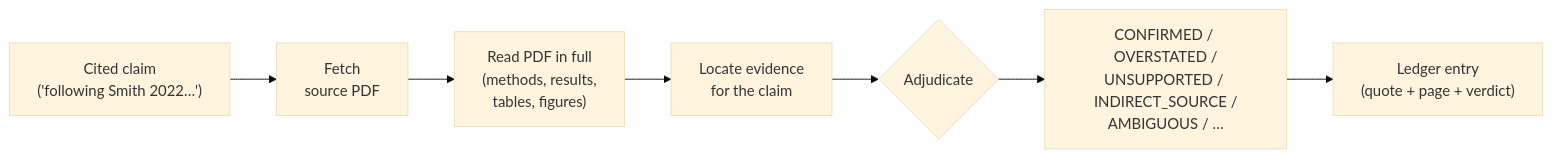
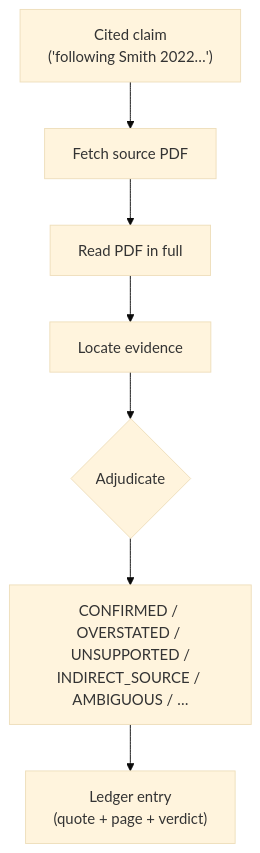
Before and after one commit to philadamson93/paper-trail: the diagram in README.md, drawn with Mermaid (base theme).

Commit message:
Trim flowchart labels and switch to top-down for larger rendering

````diff
--- a/README.md
+++ b/README.md
@@ -21,9 +21,9 @@
 ```mermaid
-flowchart LR
-    A["Cited claim<br/>('following Smith 2022…')"] --> B["Fetch<br/>source PDF"]
-    B --> C["Read PDF in full<br/>(methods, results,<br/>tables, figures)"]
-    C --> D["Locate evidence<br/>for the claim"]
-    D --> E{"Adjudicate"}
-    E --> F["CONFIRMED / OVERSTATED /<br/>UNSUPPORTED / INDIRECT_SOURCE /<br/>AMBIGUOUS / …"]
+flowchart TD
+    A["Cited claim<br/>('following Smith 2022…')"] --> B["Fetch source PDF"]
+    B --> C["Read PDF in full"]
+    C --> D["Locate evidence"]
+    D --> E{Adjudicate}
+    E --> F["CONFIRMED / OVERSTATED / UNSUPPORTED /<br/>INDIRECT_SOURCE / AMBIGUOUS / …"]
     F --> G["Ledger entry<br/>(quote + page + verdict)"]
 ```
````
